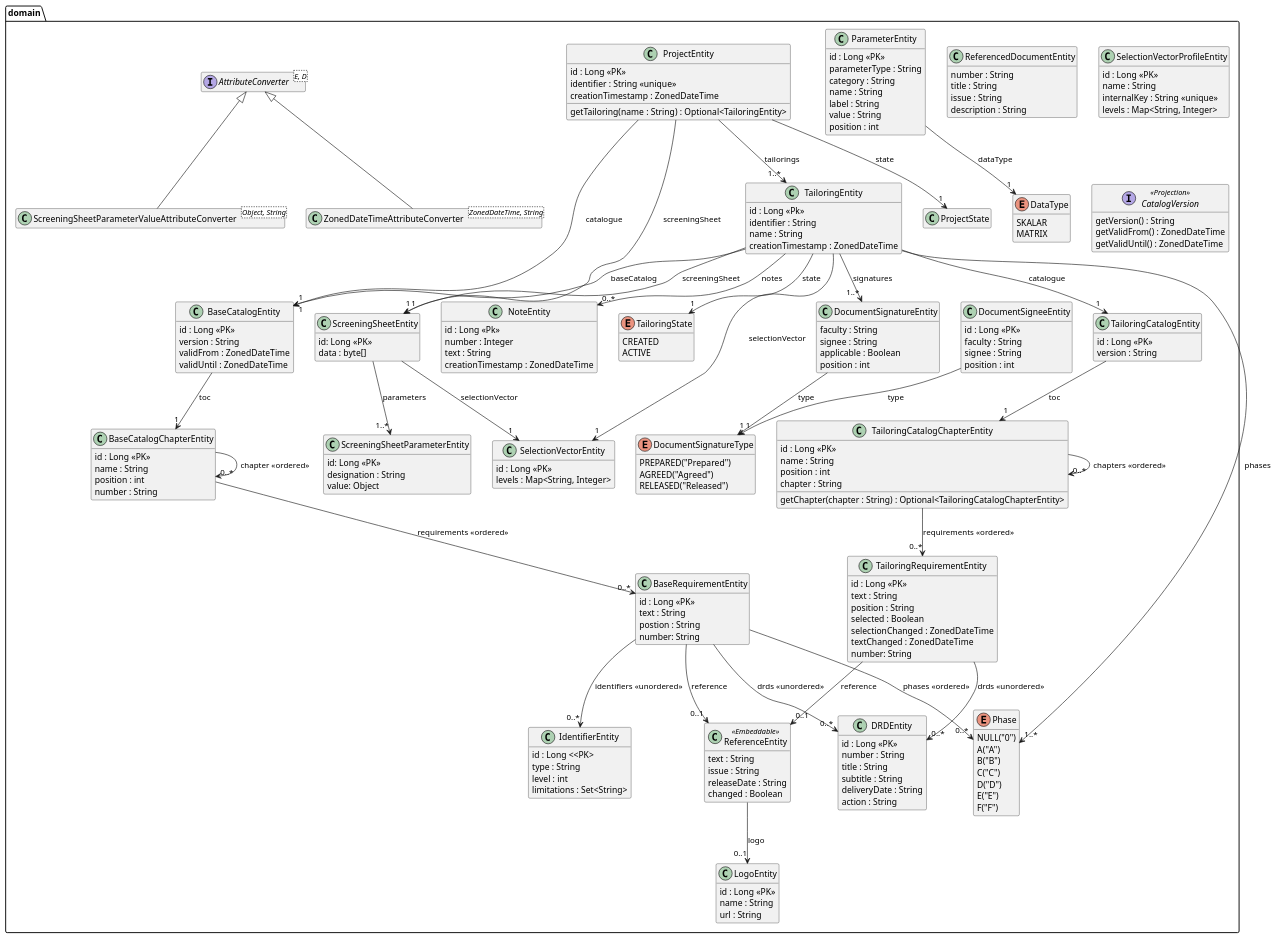
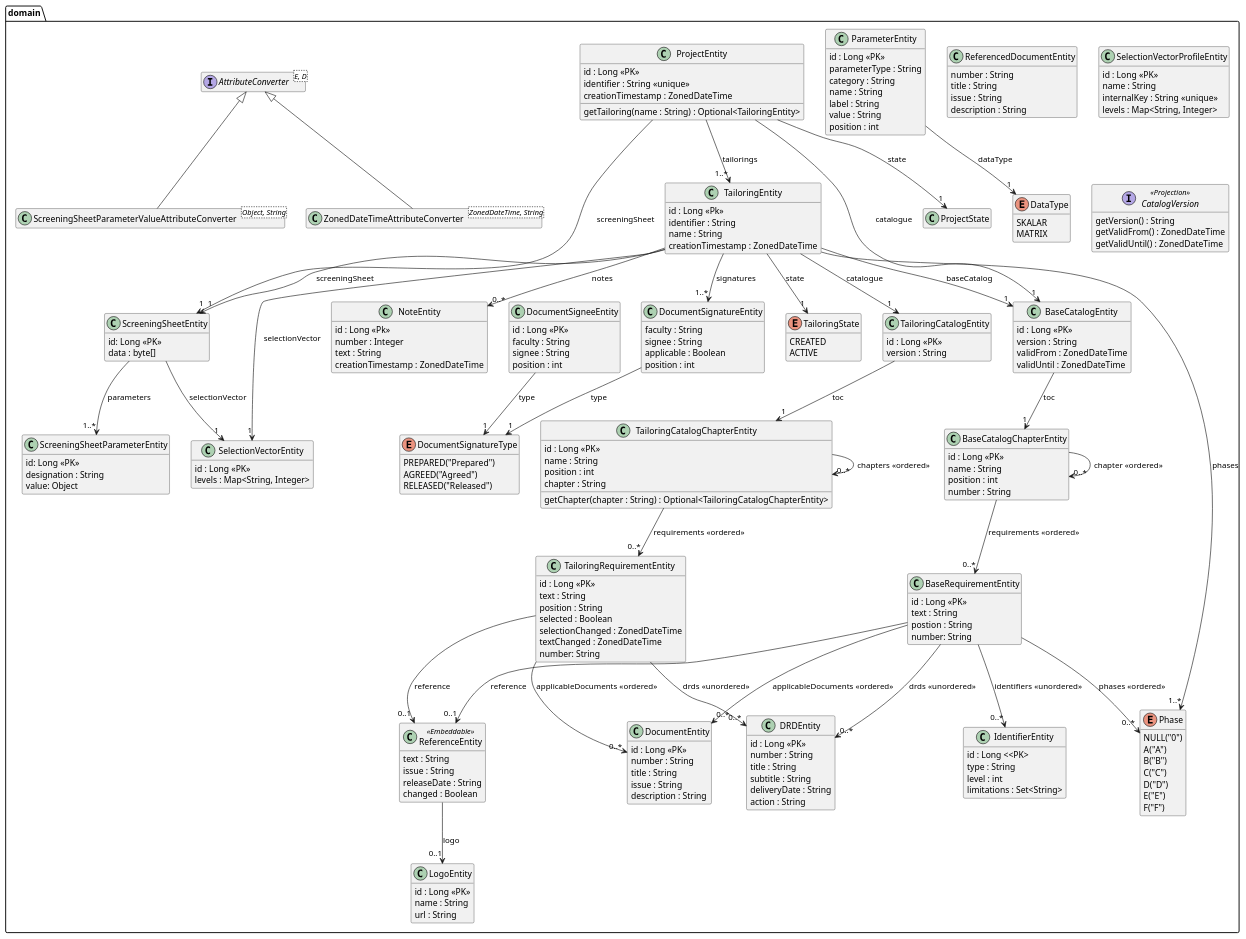
One commit to tailoringexpert/platform changed the diagram in src/site/arc42/plantuml/data-jpa/domain/Ebene3.plantuml. Above: the diagram before and after it, drawn with PlantUML. The commit also changed 23 other files, not shown here.

```diff
--- a/src/site/arc42/plantuml/data-jpa/domain/Ebene3.plantuml
+++ b/src/site/arc42/plantuml/data-jpa/domain/Ebene3.plantuml
@@ -66,6 +66,14 @@
         limitations : Set<String>
     }
 
+    class DocumentEntity {
+        id : Long <<PK>>
+        number : String
+        title : String
+        issue : String
+        description : String
+    }
+
     class BaseRequirementEntity {
         id : Long <<PK>>
         text : String
@@ -76,6 +84,7 @@
     BaseRequirementEntity --> "0..*" Phase : phases <<ordered>>
     BaseRequirementEntity --> "0..*" IdentifierEntity : identifiers <<unordered>>
     BaseRequirementEntity --> "0..*" DRDEntity : drds <<unordered>>
+    BaseRequirementEntity --> "0..*" DocumentEntity : applicableDocuments <<ordered>>
 
     class BaseCatalogChapterEntity {
         id : Long <<PK>>
@@ -140,6 +149,8 @@
     }
     TailoringRequirementEntity --> "0..1" ReferenceEntity : reference
     TailoringRequirementEntity --> "0..*" DRDEntity : drds <<unordered>>
+    TailoringRequirementEntity --> "0..*" DocumentEntity : applicableDocuments <<ordered>>
+
 
     class TailoringCatalogChapterEntity {
         id : Long <<PK>>
```
